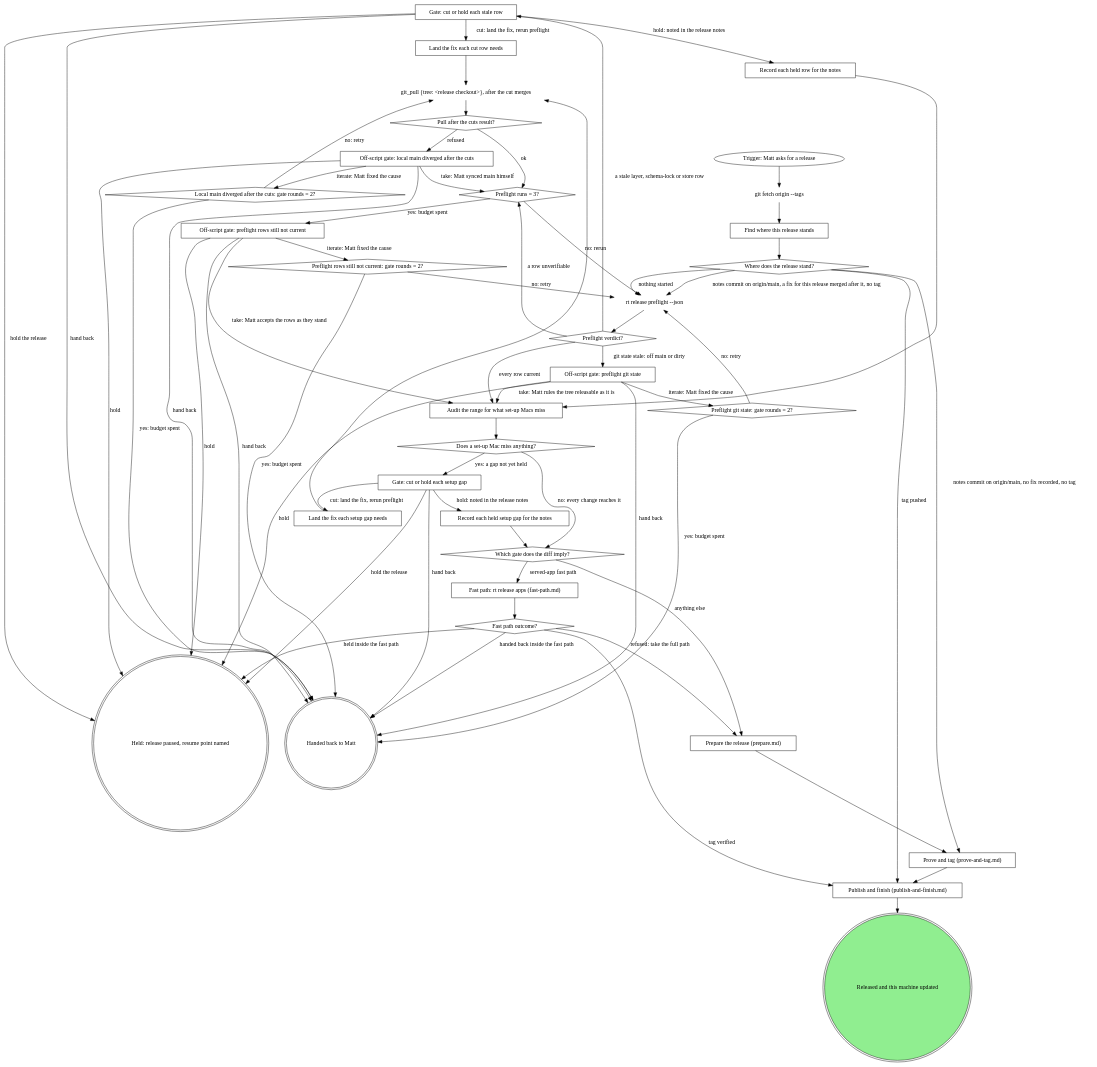
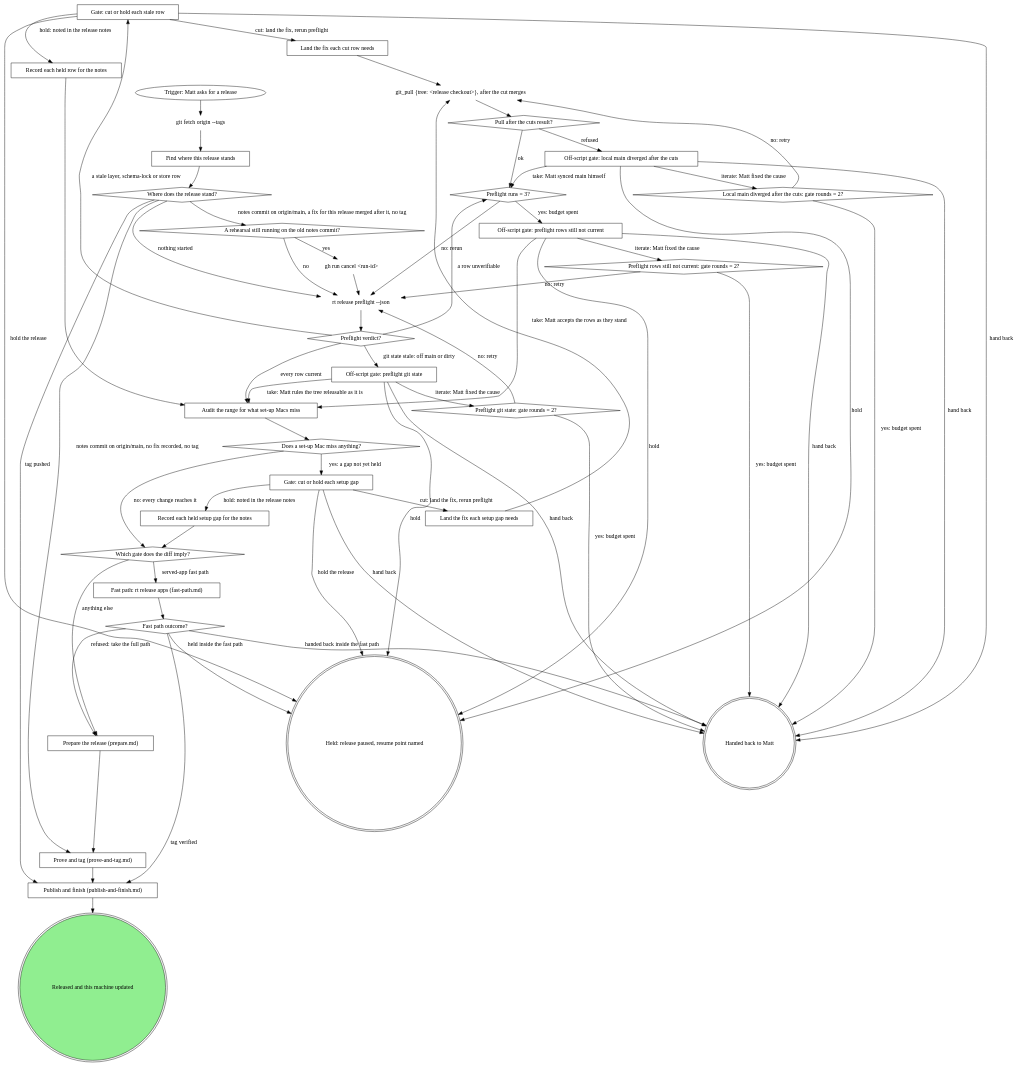
One commit to m4ttstack/mattstack changed the diagram in skills/rt-release/SKILL.md. Above: the diagram before and after it, drawn with Graphviz. The commit also changed other lines of this file and 3 other files, not shown here.

```diff
--- a/skills/rt-release/SKILL.md
+++ b/skills/rt-release/SKILL.md
@@ -36,6 +36,8 @@
     "git fetch origin --tags" [shape=plaintext];
     "Find where this release stands" [shape=box];
     "Where does the release stand?" [shape=diamond];
+    "A rehearsal still running on the old notes commit?" [shape=diamond];
+    "gh run cancel <run-id>" [shape=plaintext];
     "rt release preflight --json" [shape=plaintext];
     "Preflight verdict?" [shape=diamond];
     "Preflight runs = 3?" [shape=diamond];
@@ -67,7 +69,10 @@
     "Find where this release stands" -> "Where does the release stand?";
     "Where does the release stand?" -> "rt release preflight --json" [label="nothing started"];
     "Where does the release stand?" -> "Prove and tag (prove-and-tag.md)" [label="notes commit on origin/main, no fix recorded, no tag"];
-    "Where does the release stand?" -> "rt release preflight --json" [label="notes commit on origin/main, a fix for this release merged after it, no tag"];
+    "Where does the release stand?" -> "A rehearsal still running on the old notes commit?" [label="notes commit on origin/main, a fix for this release merged after it, no tag"];
+    "A rehearsal still running on the old notes commit?" -> "gh run cancel <run-id>" [label="yes"];
+    "A rehearsal still running on the old notes commit?" -> "rt release preflight --json" [label="no"];
+    "gh run cancel <run-id>" -> "rt release preflight --json";
     "Where does the release stand?" -> "Publish and finish (publish-and-finish.md)" [label="tag pushed"];
     "rt release preflight --json" -> "Preflight verdict?";
     "Preflight verdict?" -> "Audit the range for what set-up Macs miss" [label="every row current"];
```
